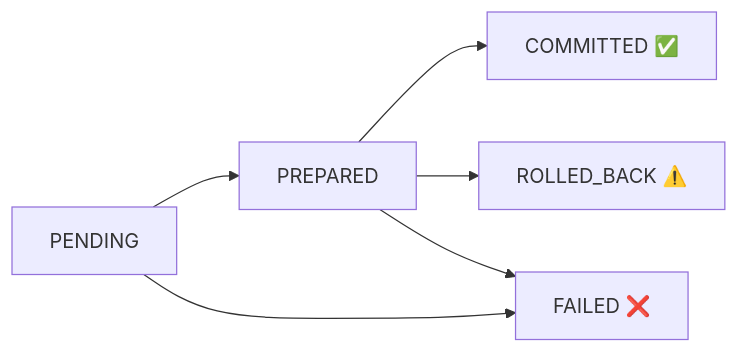
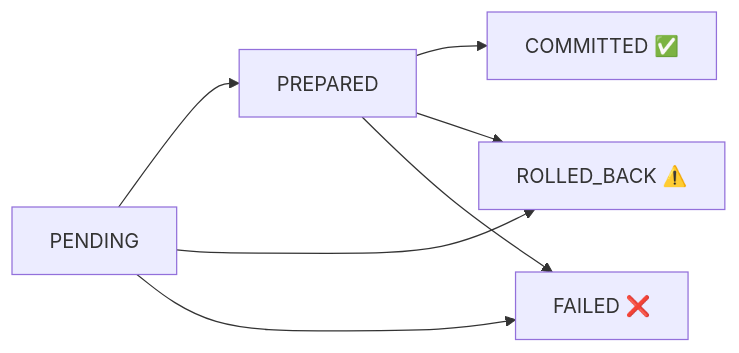
Before and after one commit to VanDung-dev/HieraChain: the third of 3 diagrams in docs/vi/workflows/cross-chain-2pc.md, drawn with Mermaid. The commit also changed other lines of this file and 53 other files, not shown here.

````diff
--- a/docs/vi/workflows/cross-chain-2pc.md
+++ b/docs/vi/workflows/cross-chain-2pc.md
@@ -93,8 +98,9 @@
 ```mermaid
 flowchart LR
     P["PENDING"] --> PR["PREPARED"]
     PR --> C["COMMITTED ✅"]
     PR --> RB["ROLLED_BACK ⚠️"]
+    P --> RB
     P --> F["FAILED ❌"]
     PR --> F
 ```
````
